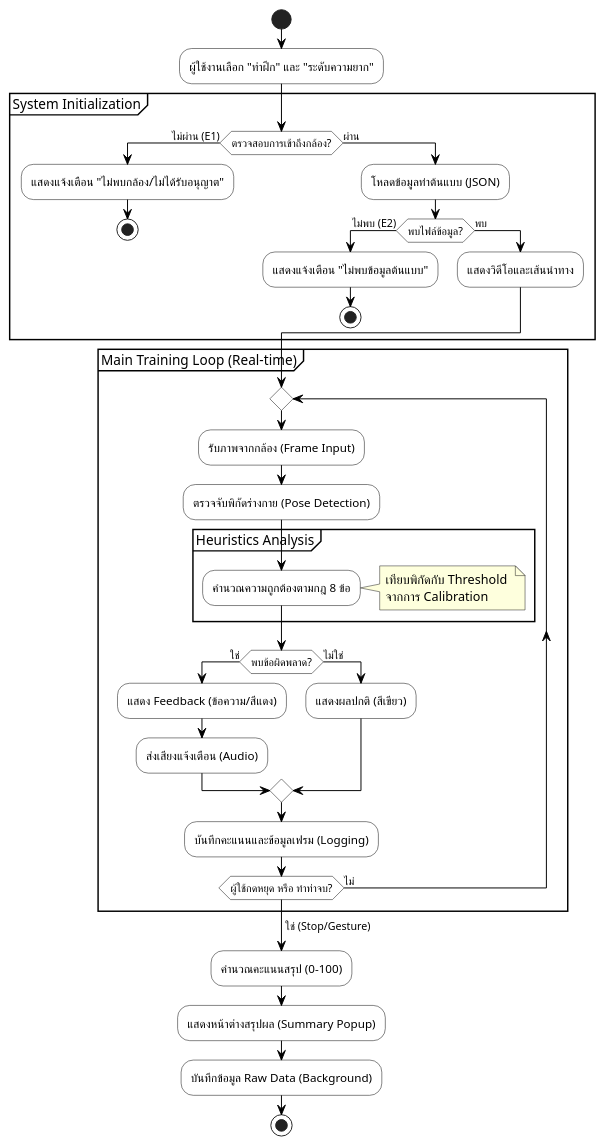
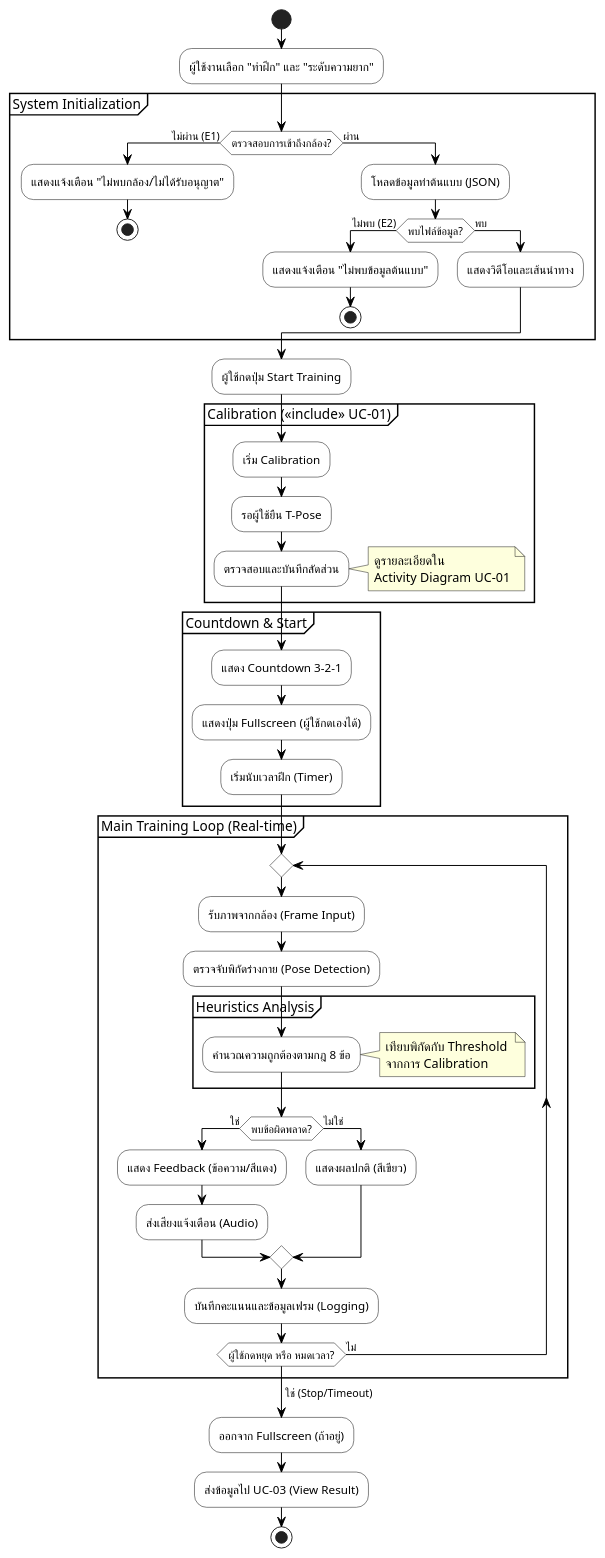
The diagram in docs/diagrams/ActivityDiagram_UC02.wsd (vyut/TaijiFlow), drawn with PlantUML before and after one commit. The commit also changed 19 other files, not shown here.

Commit message:
Major Update: Testing, documents and diagrams

```diff
--- a/docs/diagrams/ActivityDiagram_UC02.wsd
+++ b/docs/diagrams/ActivityDiagram_UC02.wsd
@@ -1,60 +1,77 @@
 @startuml TaijiFlow_Activity_Diagram_UC02
 ' ตั้งค่า Font และ Style
 skinparam defaultFontName "sarabun"
 skinparam activity {
     BackgroundColor White
     BorderColor Black
     ArrowColor Black
 }
 
 start
 
 :ผู้ใช้งานเลือก "ท่าฝึก" และ "ระดับความยาก";
 
 partition "System Initialization" {
     if (ตรวจสอบการเข้าถึงกล้อง?) then (ไม่ผ่าน (E1))
         :แสดงแจ้งเตือน "ไม่พบกล้อง/ไม่ได้รับอนุญาต";
         stop
     else (ผ่าน)
         :โหลดข้อมูลท่าต้นแบบ (JSON);
         if (พบไฟล์ข้อมูล?) then (ไม่พบ (E2))
             :แสดงแจ้งเตือน "ไม่พบข้อมูลต้นแบบ";
             stop
         else (พบ)
             :แสดงวิดีโอและเส้นนำทาง;
         endif
     endif
 }
 
+:ผู้ใช้กดปุ่ม Start Training;
+
+partition "Calibration (<<include>> UC-01)" {
+    :เริ่ม Calibration;
+    :รอผู้ใช้ยืน T-Pose;
+    :ตรวจสอบและบันทึกสัดส่วน;
+    note right
+        ดูรายละเอียดใน
+        Activity Diagram UC-01
+    end note
+}
+
+partition "Countdown & Start" {
+    :แสดง Countdown 3-2-1;
+    :แสดงปุ่ม Fullscreen (ผู้ใช้กดเองได้);
+    :เริ่มนับเวลาฝึก (Timer);
+}
+
 partition "Main Training Loop (Real-time)" {
     repeat
         :รับภาพจากกล้อง (Frame Input);
         :ตรวจจับพิกัดร่างกาย (Pose Detection);
         
         partition "Heuristics Analysis" {
             :คำนวณความถูกต้องตามกฎ 8 ข้อ;
             note right
                 เทียบพิกัดกับ Threshold 
                 จากการ Calibration
             end note
         }
 
         if (พบข้อผิดพลาด?) then (ใช่)
             :แสดง Feedback (ข้อความ/สีแดง);
             :ส่งเสียงแจ้งเตือน (Audio);
         else (ไม่ใช่)
             :แสดงผลปกติ (สีเขียว);
         endif
 
         :บันทึกคะแนนและข้อมูลเฟรม (Logging);
 
-    repeat while (ผู้ใช้กดหยุด หรือ ทำท่าจบ?) is (ไม่)
-    -> ใช่ (Stop/Gesture);
+    repeat while (ผู้ใช้กดหยุด หรือ หมดเวลา?) is (ไม่)
+    -> ใช่ (Stop/Timeout);
 }
 
-:คำนวณคะแนนสรุป (0-100);
-:แสดงหน้าต่างสรุปผล (Summary Popup);
-:บันทึกข้อมูล Raw Data (Background);
+:ออกจาก Fullscreen (ถ้าอยู่);
+:ส่งข้อมูลไป UC-03 (View Result);
 
 stop
 @enduml
```
